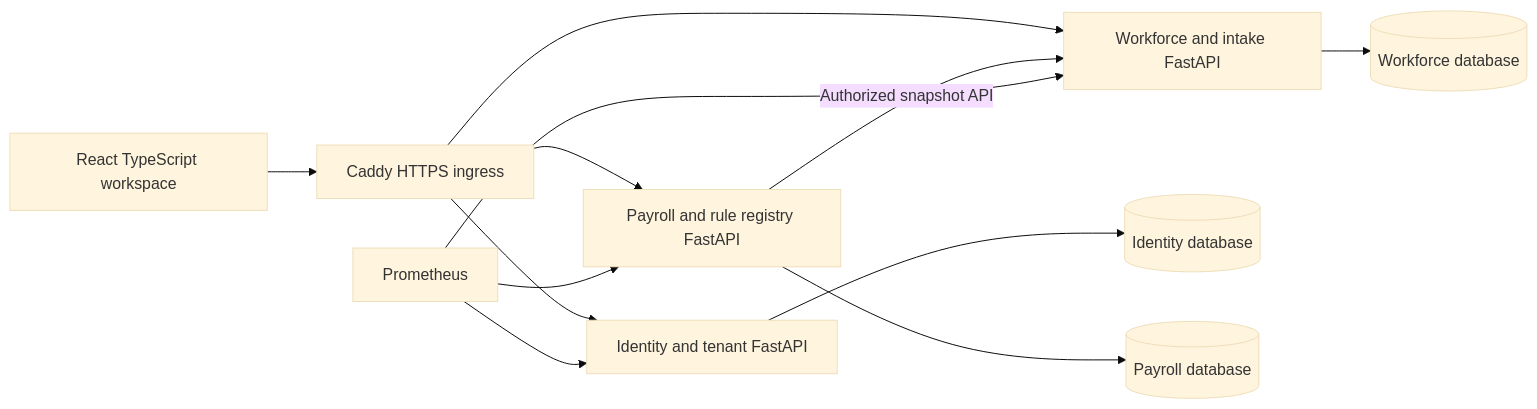
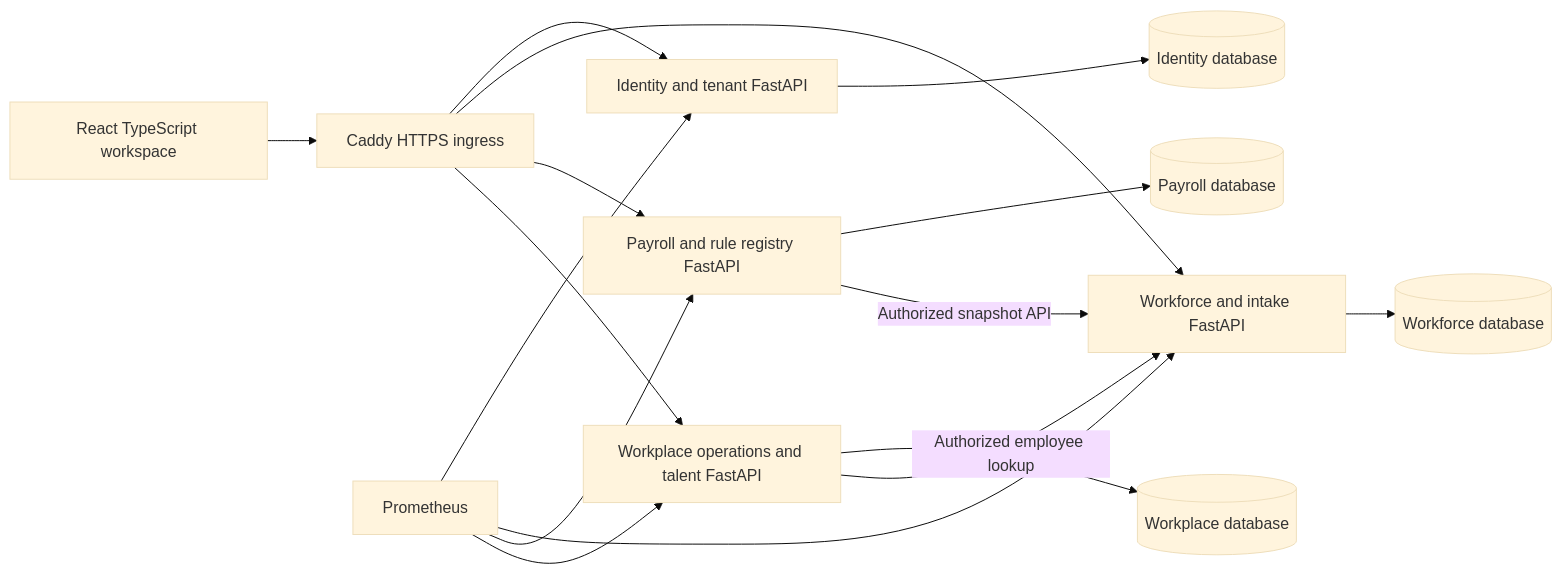
The diagram in docs/ARCHITECTURE.md (sundayayandele/hcmflow-enterprise), drawn with Mermaid (base theme) before and after one commit. The commit also changed other lines of this file and 7 other files, not shown here.

Commit message:
Commit database transactions before acknowledging API writes

````diff
--- a/docs/ARCHITECTURE.md
+++ b/docs/ARCHITECTURE.md
@@ -5,14 +5,18 @@
 ```mermaid
 flowchart LR
   Browser[React TypeScript workspace] --> Edge[Caddy HTTPS ingress]
   Edge --> Identity[Identity and tenant FastAPI]
   Edge --> Workforce[Workforce and intake FastAPI]
   Edge --> Payroll[Payroll and rule registry FastAPI]
+  Edge --> Workplace[Workplace operations and talent FastAPI]
   Identity --> IDB[(Identity database)]
   Workforce --> WDB[(Workforce database)]
   Payroll --> PDB[(Payroll database)]
+  Workplace --> XDB[(Workplace database)]
+  Workplace -->|Authorized employee lookup| Workforce
   Payroll -->|Authorized snapshot API| Workforce
   Prometheus --> Identity
   Prometheus --> Workforce
   Prometheus --> Payroll
+  Prometheus --> Workplace
 ```
````
